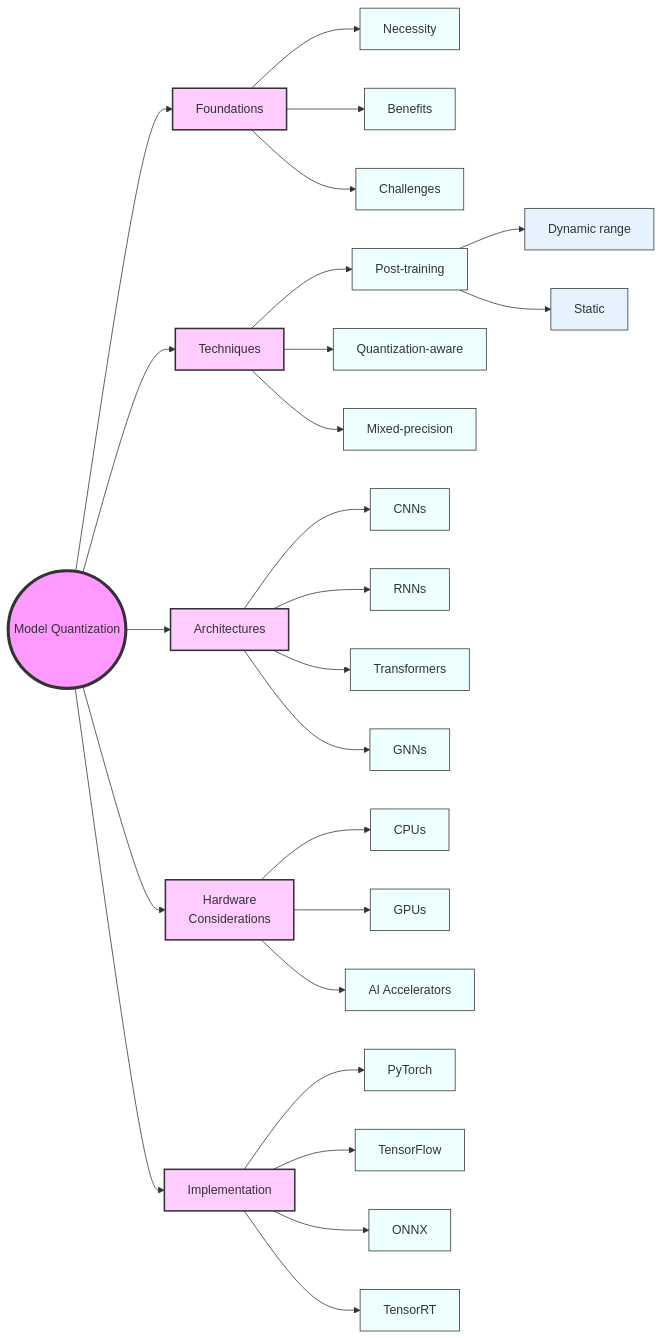
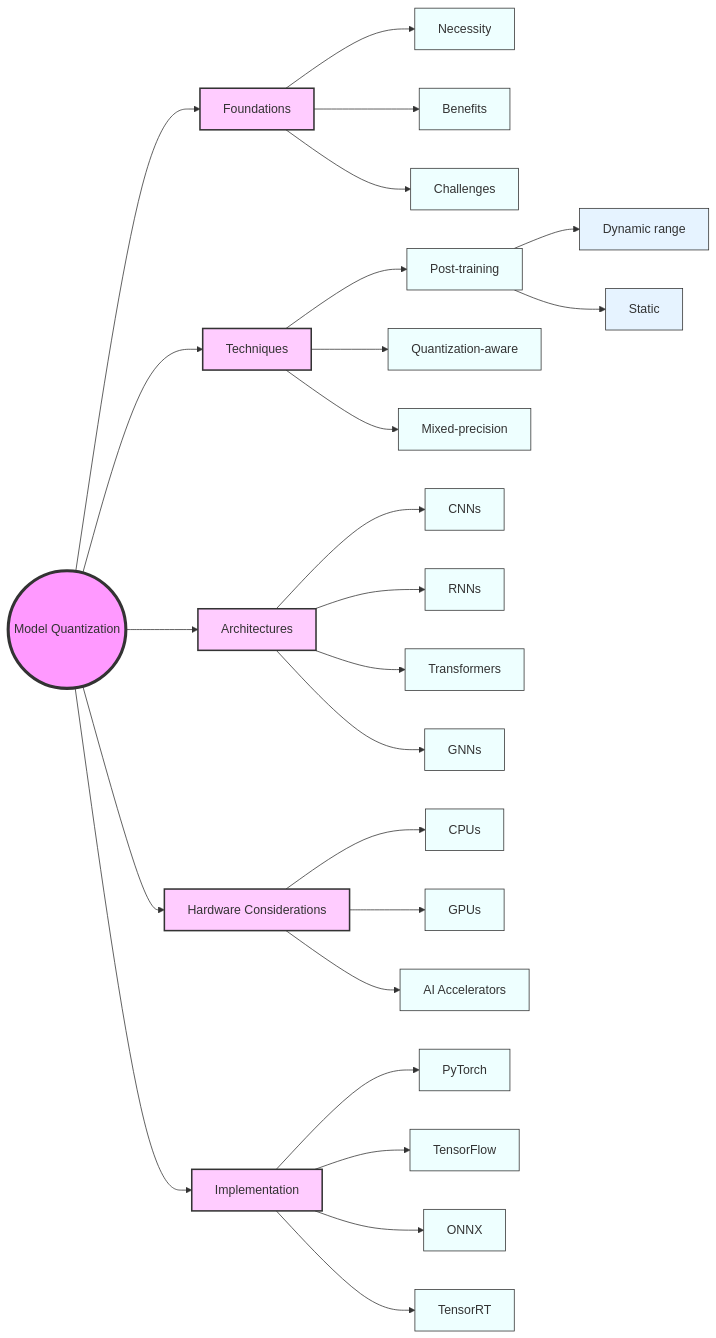
One commit to chenxingqiang/llm-course-chen changed the second of 2 diagrams in notebooks/md/lesson_14_Model_Quantization_Techniques.md. Above: the diagram before and after it, drawn with Mermaid. The commit also changed 98 other files, not shown here.

````diff
--- a/notebooks/md/lesson_14_Model_Quantization_Techniques.md
+++ b/notebooks/md/lesson_14_Model_Quantization_Techniques.md
@@ -419,50 +419,50 @@
 ```mermaid
 graph LR
     A(("Model Quantization"))
     
     B["Foundations"]
     C["Techniques"]
     D["Architectures"]
-    E["Hardware<br/>Considerations"]
+    E["Hardware Considerations"]
     F["Implementation"]
     
     A --> B & C & D & E & F
     
     B --> B1["Necessity"]
     B --> B2["Benefits"]
     B --> B3["Challenges"]
     
     C --> C1["Post-training"]
     C --> C2["Quantization-aware"]
     C --> C3["Mixed-precision"]
     
     C1 --> C1a["Dynamic range"]
     C1 --> C1b["Static"]
     
     D --> D1["CNNs"]
     D --> D2["RNNs"]
     D --> D3["Transformers"]
     D --> D4["GNNs"]
     
     E --> E1["CPUs"]
     E --> E2["GPUs"]
     E --> E3["AI Accelerators"]
     
     F --> F1["PyTorch"]
     F --> F2["TensorFlow"]
     F --> F3["ONNX"]
     F --> F4["TensorRT"]
 
     style A fill:#f9f,stroke:#333,stroke-width:4px
     style B fill:#fcf,stroke:#333,stroke-width:2px
     style C fill:#fcf,stroke:#333,stroke-width:2px
     style D fill:#fcf,stroke:#333,stroke-width:2px
     style E fill:#fcf,stroke:#333,stroke-width:2px
     style F fill:#fcf,stroke:#333,stroke-width:2px
     
     classDef subTopic fill:#eff,stroke:#333,stroke-width:1px
     class B1,B2,B3,C1,C2,C3,D1,D2,D3,D4,E1,E2,E3,F1,F2,F3,F4 subTopic
     
     classDef subSubTopic fill:#e6f3ff,stroke:#333,stroke-width:1px
     class C1a,C1b subSubTopic
 ```
````
